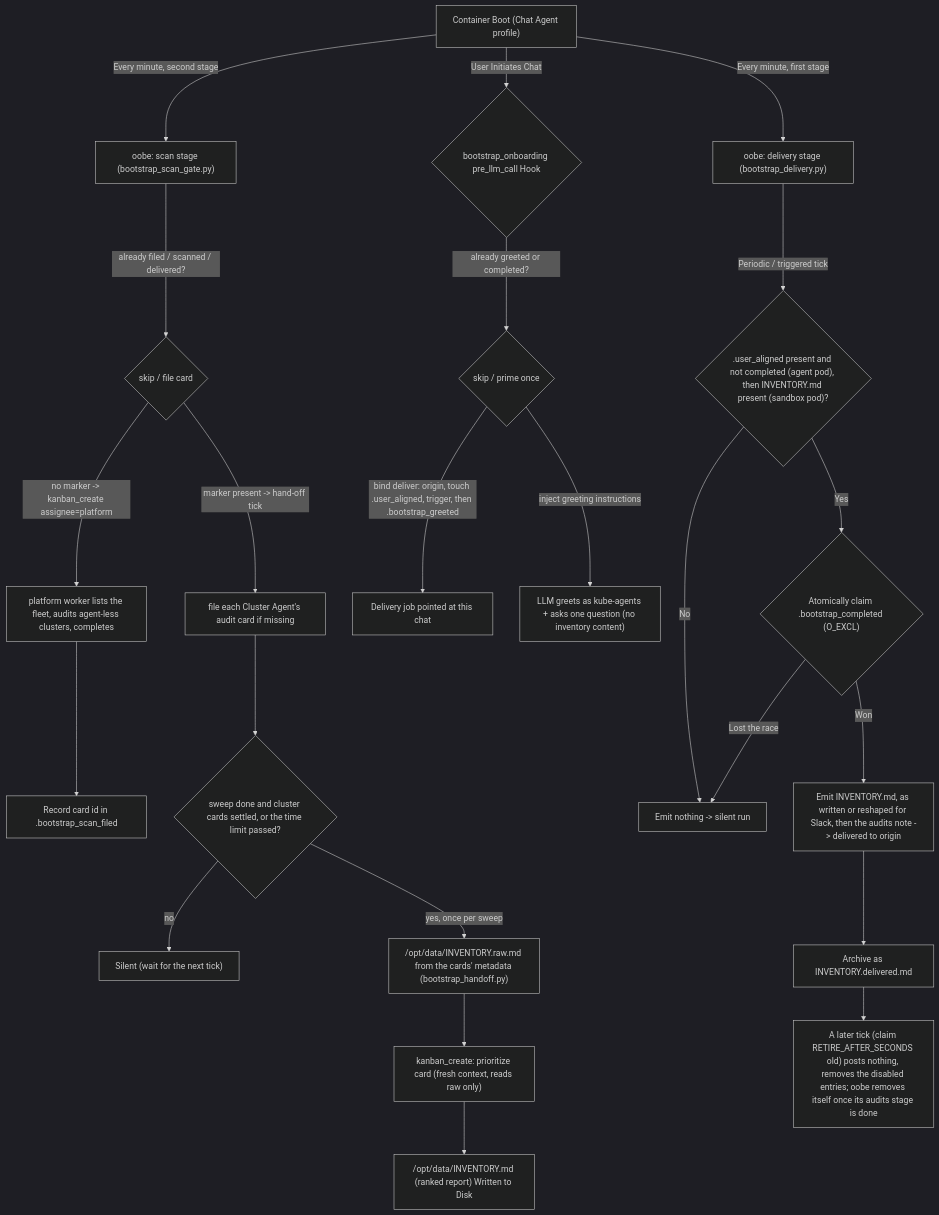
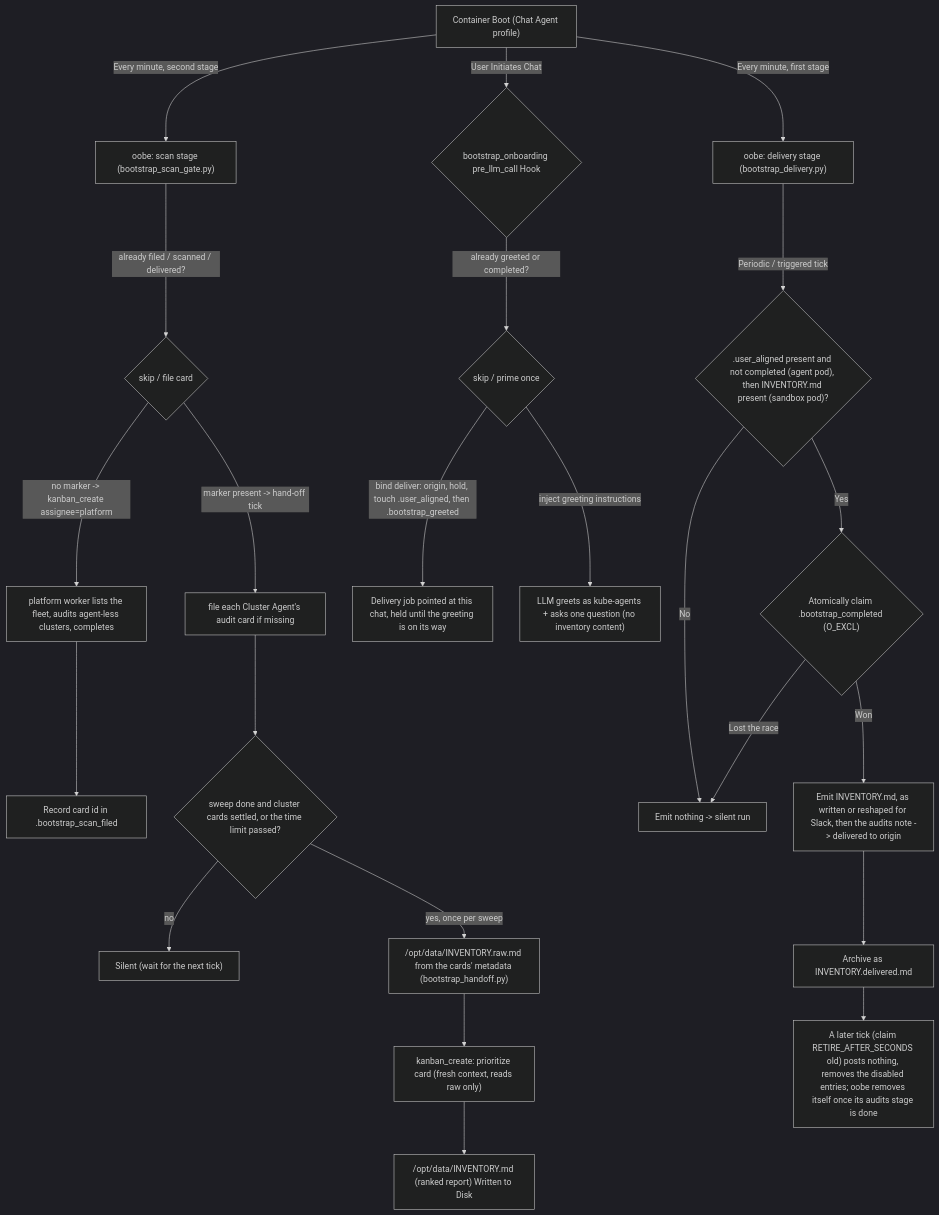
One commit to Fuxiao-Gao/kube-agents changed the first of 3 diagrams in agents/chat/defaults/plugins/bootstrap_onboarding/README.md. Above: the diagram before and after it, drawn with Mermaid (dark theme). The commit also changed other lines of this file and 10 other files, not shown here.

````diff
--- a/agents/chat/defaults/plugins/bootstrap_onboarding/README.md
+++ b/agents/chat/defaults/plugins/bootstrap_onboarding/README.md
@@ -61,28 +61,28 @@
 ```mermaid
 graph TD
     A["Container Boot (Chat Agent profile)"] -->|Every minute, second stage| B["oobe: scan stage (bootstrap_scan_gate.py)"]
     A -->|Every minute, first stage| C["oobe: delivery stage (bootstrap_delivery.py)"]
     A -->|User Initiates Chat| D{"bootstrap_onboarding pre_llm_call Hook"}
 
     B -->|already filed / scanned / delivered?| B2{"skip / file card"}
     B2 -->|no marker -> kanban_create assignee=platform| P["platform worker lists the fleet, audits agent-less clusters, completes"]
     P --> PM["Record card id in .bootstrap_scan_filed"]
     B2 -->|marker present -> hand-off tick| HF["file each Cluster Agent's audit card if missing"]
     HF --> HO{"sweep done and cluster cards settled, or the time limit passed?"}
     HO -->|no| F["Silent (wait for the next tick)"]
     HO -->|yes, once per sweep| R["/opt/data/INVENTORY.raw.md from the cards' metadata (bootstrap_handoff.py)"]
     R --> Q["kanban_create: prioritize card (fresh context, reads raw only)"]
     Q --> E["/opt/data/INVENTORY.md (ranked report) Written to Disk"]
 
     D -->|already greeted or completed?| DG{"skip / prime once"}
-    DG -->|bind deliver: origin, touch .user_aligned, trigger, then .bootstrap_greeted| G["Delivery job pointed at this chat"]
+    DG -->|bind deliver: origin, hold, touch .user_aligned, then .bootstrap_greeted| G["Delivery job pointed at this chat, held until the greeting is on its way"]
     DG -->|inject greeting instructions| H["LLM greets as kube-agents + asks one question (no inventory content)"]
 
     C -->|Periodic / triggered tick| I{".user_aligned present and not completed (agent pod), then INVENTORY.md present (sandbox pod)?"}
     I -->|No| J["Emit nothing -> silent run"]
     I -->|Yes| CL{"Atomically claim .bootstrap_completed (O_EXCL)"}
     CL -->|Lost the race| J
     CL -->|Won| K["Emit INVENTORY.md, as written or reshaped for Slack, then the audits note -> delivered to origin"]
     K --> L["Archive as INVENTORY.delivered.md"]
     L --> RT["A later tick (claim RETIRE_AFTER_SECONDS old) posts nothing, removes the disabled entries; oobe removes itself once its audits stage is done"]
 ```
````
